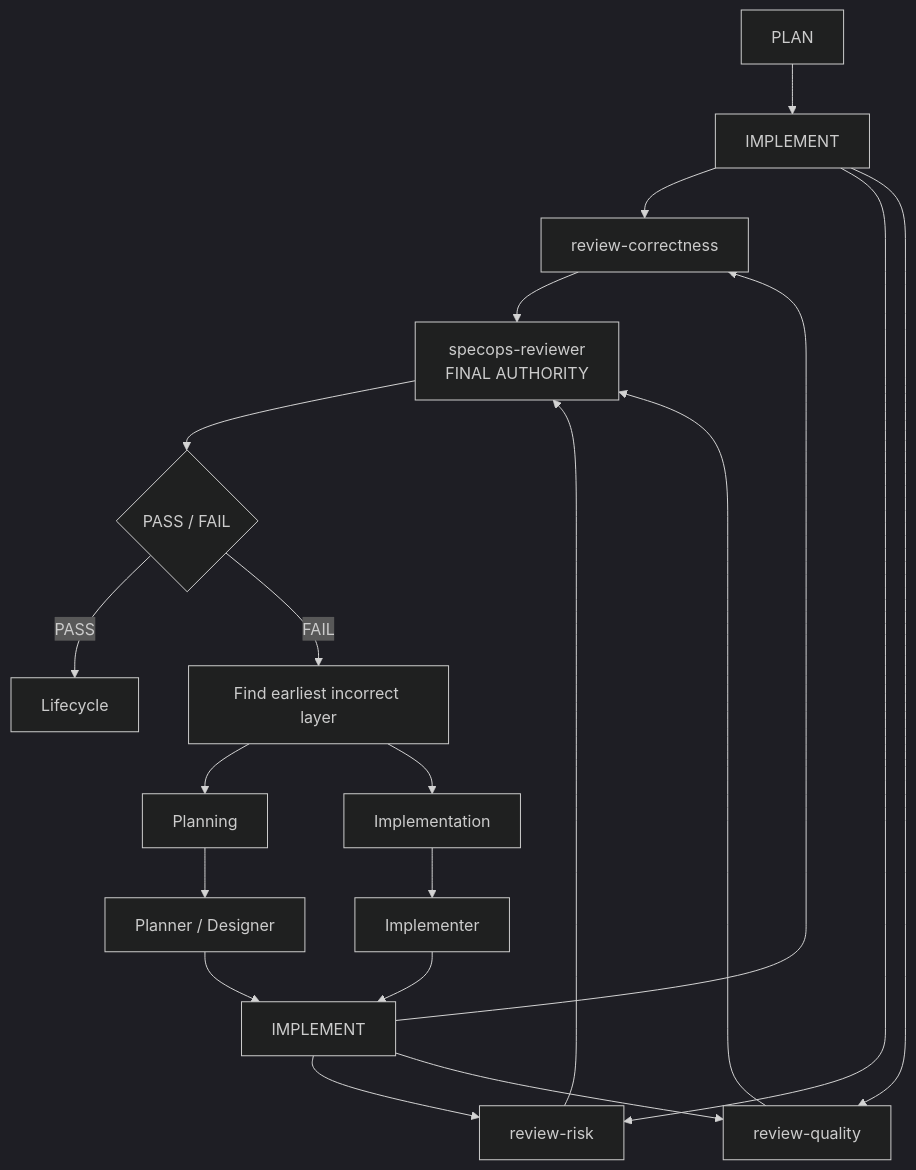
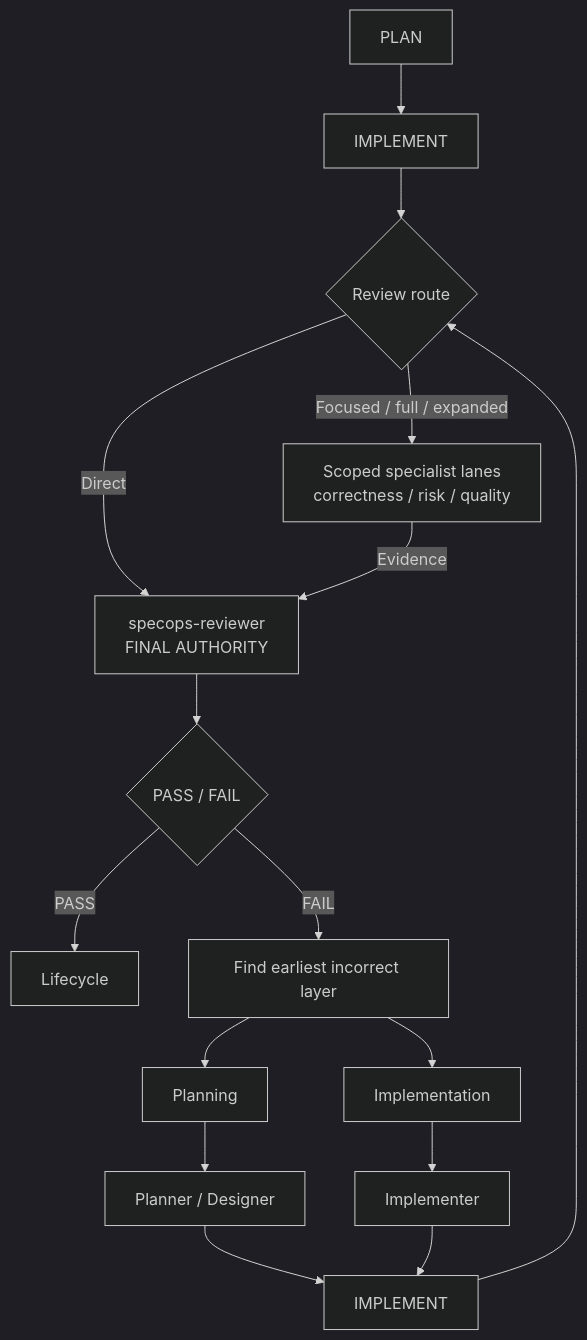
One commit to jrpbuilds/specops-opencode changed the diagram in README.md. Above: the diagram before and after it, drawn with Mermaid (dark theme). The commit also changed other lines of this file and 12 other files, not shown here.

````diff
--- a/README.md
+++ b/README.md
@@ -73,22 +73,18 @@
 ```mermaid
 flowchart TD
     A[PLAN] --> B[IMPLEMENT]
-    B --> C1[review-correctness]
-    B --> C2[review-risk]
-    B --> C3[review-quality]
-    C1 --> D[specops-reviewer<br/>FINAL AUTHORITY]
-    C2 --> D
-    C3 --> D
+    B --> C{Review route}
+    C -->|Direct| D[specops-reviewer<br/>FINAL AUTHORITY]
+    C -->|Focused / full / expanded| S[Scoped specialist lanes<br/>correctness / risk / quality]
+    S -->|Evidence| D
     D --> E{PASS / FAIL}
     E -->|PASS| F[Lifecycle]
     E -->|FAIL| G[Find earliest incorrect layer]
     G --> H[Planning]
     G --> I[Implementation]
     H --> J[Planner / Designer]
     I --> K[Implementer]
     J --> L[IMPLEMENT]
     K --> L
-    L --> C1
-    L --> C2
-    L --> C3
+    L --> C
 ```
````
